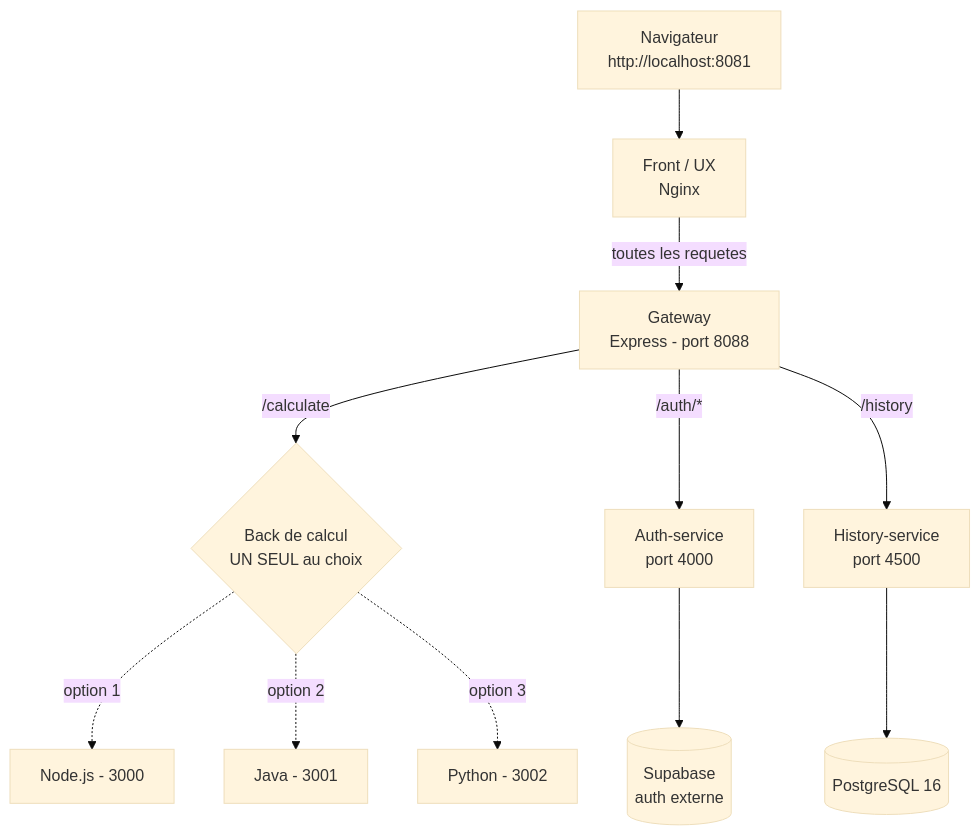
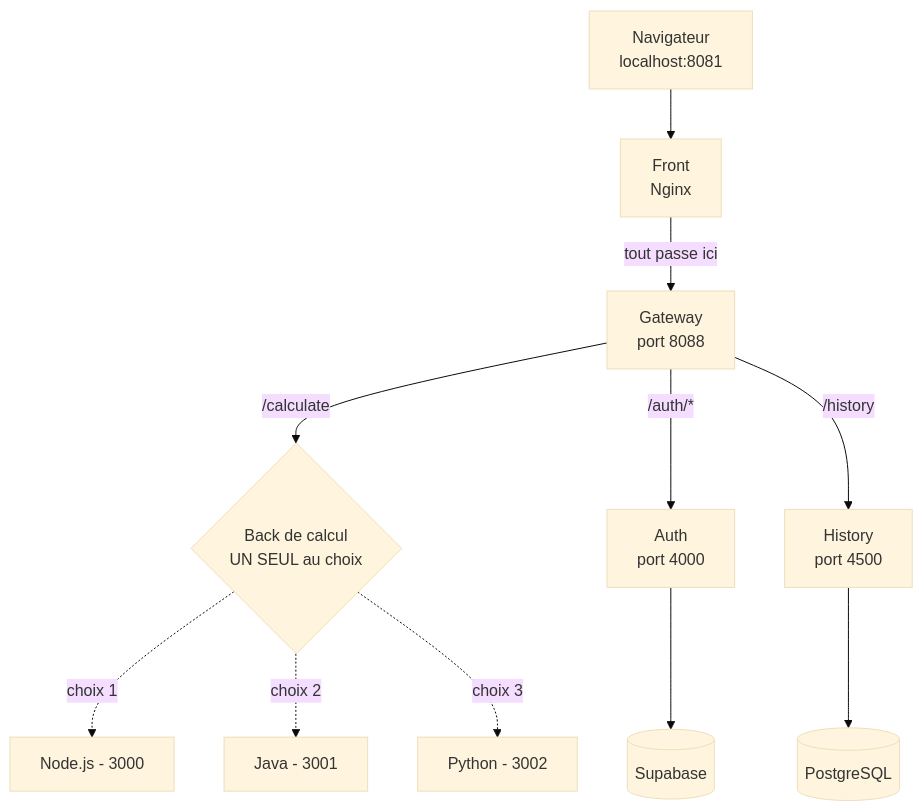
Before and after one commit to Buzz30Gotcho/calculatorapi-js: the first of 4 diagrams in README.md, drawn with Mermaid (base theme). The commit also changed other lines of this file, not shown here.

````diff
--- a/README.md
+++ b/README.md
@@ -76,16 +69,16 @@
 ```mermaid
 flowchart TD
-    U[Navigateur<br/>http://localhost:8081] --> F[Front / UX<br/>Nginx]
-    F -->|toutes les requetes| GW[Gateway<br/>Express - port 8088]
+    U[Navigateur<br/>localhost:8081] --> F[Front<br/>Nginx]
+    F -->|tout passe ici| GW[Gateway<br/>port 8088]
 
     GW -->|/calculate| CALC{Back de calcul<br/>UN SEUL au choix}
-    GW -->|/auth/*| AUTH[Auth-service<br/>port 4000]
-    GW -->|/history| HIST[History-service<br/>port 4500]
+    GW -->|/auth/*| AUTH[Auth<br/>port 4000]
+    GW -->|/history| HIST[History<br/>port 4500]
 
-    CALC -.->|option 1| NODE[Node.js - 3000]
-    CALC -.->|option 2| JAVA[Java - 3001]
-    CALC -.->|option 3| PY[Python - 3002]
+    CALC -.->|choix 1| NODE[Node.js - 3000]
+    CALC -.->|choix 2| JAVA[Java - 3001]
+    CALC -.->|choix 3| PY[Python - 3002]
 
-    AUTH --> SUPA[(Supabase<br/>auth externe)]
-    HIST --> DB[(PostgreSQL 16)]
+    AUTH --> SUPA[(Supabase)]
+    HIST --> DB[(PostgreSQL)]
 ```
````
